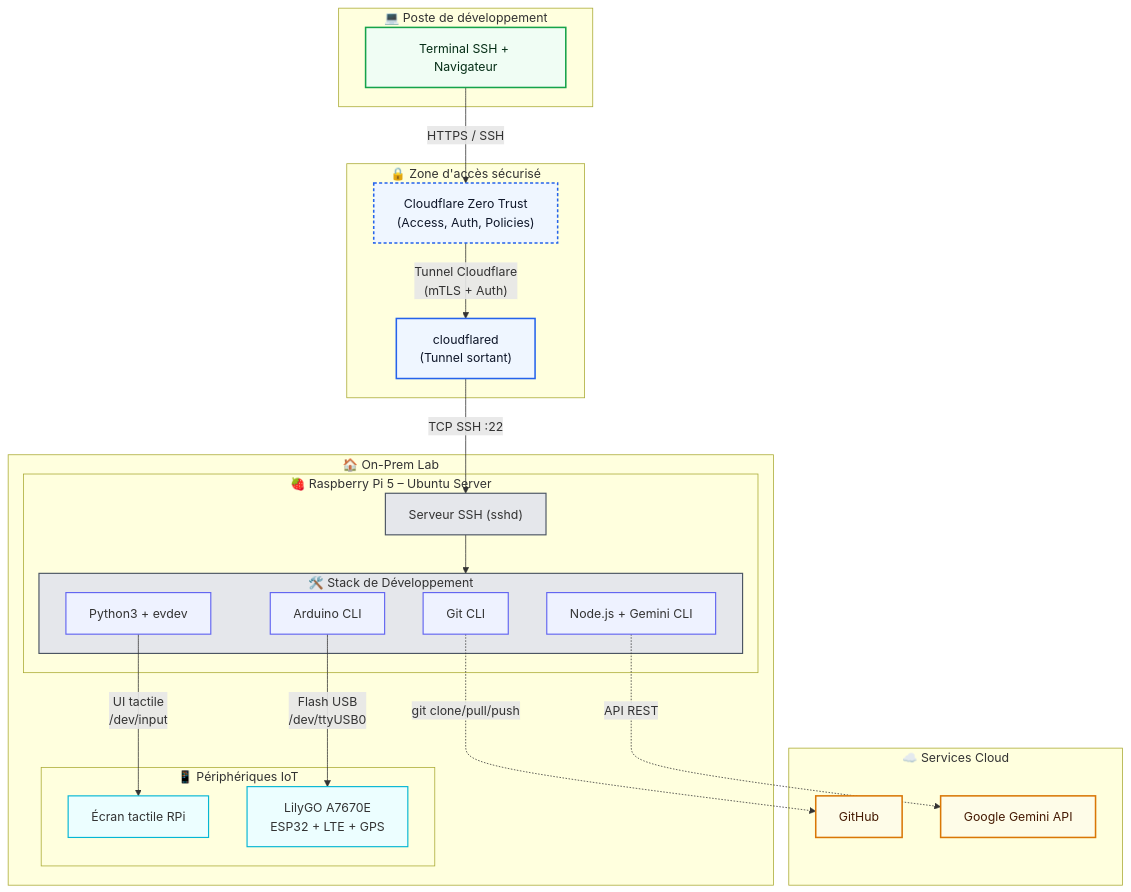
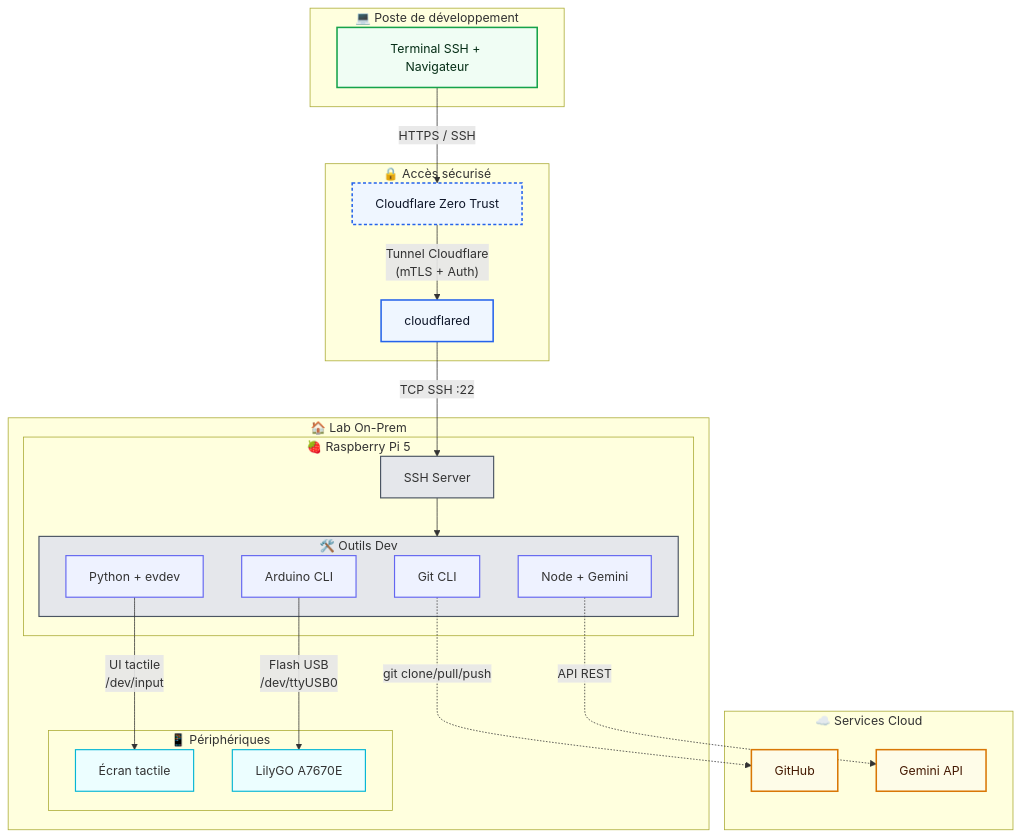
One commit to fpoisson2/243-4J5-LI changed the diagram in labo1/Labo1-environnement de programmation distant sur rPi.md. Above: the diagram before and after it, drawn with Mermaid.

Commit message:
Raccourcissement des titres des blocs du diagramme
- Titres plus courts pour éviter les retours à la ligne
- "Raspberry Pi 5 – Ubuntu Server" → "Raspberry Pi 5"
- "Stack de Développement" → "Outils Dev"
- "Zone d'accès sécurisé" → "Accès sécurisé"
- Meilleure lisibilité du diagramme

🤖 Generated with [Claude Code](https://claude.com/claude-code)

````diff
--- a/labo1/Labo1-environnement de programmation distant sur rPi.md
+++ b/labo1/Labo1-environnement de programmation distant sur rPi.md
@@ -10,73 +10,73 @@
 ```mermaid
 graph TD
     %% ==== STYLES ====
     classDef zoneClient fill:#f0fdf4,stroke:#16a34a,stroke-width:2px,color:#052e16;
     classDef zoneAccess fill:#eff6ff,stroke:#2563eb,stroke-width:2px,color:#0f172a;
     classDef zoneLab fill:#f9fafb,stroke:#4b5563,stroke-width:2px,color:#020617;
     classDef zoneCloud fill:#fefce8,stroke:#d97706,stroke-width:2px,color:#451a03;
     classDef componentCore fill:#e5e7eb,stroke:#4b5563,stroke-width:1.5px;
     classDef componentService fill:#eef2ff,stroke:#6366f1,stroke-width:1.5px;
     classDef componentDevice fill:#ecfeff,stroke:#06b6d4,stroke-width:1.5px;
     classDef securityEdge fill:#fef2f2,stroke:#b91c1c,stroke-width:1.5px,stroke-dasharray:4 3;
 
     %% ==== ZONE CLIENT ====
     subgraph Zone_Client ["💻 Poste de développement"]
         Dev_PC["Terminal SSH + Navigateur"]:::zoneClient
     end
 
     %% ==== ZONE D'ACCÈS / EDGE ====
-    subgraph Zone_Access ["🔒 Zone d'accès sécurisé"]
-        CF_ZT["Cloudflare Zero Trust<br/>(Access, Auth, Policies)"]:::securityEdge
-        CF_Tunnel["cloudflared<br/>(Tunnel sortant)"]:::componentService
+    subgraph Zone_Access ["🔒 Accès sécurisé"]
+        CF_ZT["Cloudflare Zero Trust"]:::securityEdge
+        CF_Tunnel["cloudflared"]:::componentService
     end
 
     %% ==== ZONE LAB / ON-PREM ====
-    subgraph Zone_Lab ["🏠 On-Prem Lab"]
-        subgraph RPi5_Core ["🍓 Raspberry Pi 5 – Ubuntu Server"]
-            SSHD["Serveur SSH (sshd)"]:::componentCore
+    subgraph Zone_Lab ["🏠 Lab On-Prem"]
+        subgraph RPi5_Core ["🍓 Raspberry Pi 5"]
+            SSHD["SSH Server"]:::componentCore
 
-            subgraph Dev_Stack ["🛠️ Stack de Développement"]
+            subgraph Dev_Stack ["🛠️ Outils Dev"]
                 Git_CLI["Git CLI"]:::componentService
-                Node_Gemini["Node.js + Gemini CLI"]:::componentService
-                Python_Env["Python3 + evdev"]:::componentService
+                Node_Gemini["Node + Gemini"]:::componentService
+                Python_Env["Python + evdev"]:::componentService
                 Arduino_CLI["Arduino CLI"]:::componentService
             end
         end
 
-        subgraph Lab_Devices ["📱 Périphériques IoT"]
-            Touchscreen["Écran tactile RPi"]:::componentDevice
-            LilyGO_A7670E["LilyGO A7670E<br/>ESP32 + LTE + GPS"]:::componentDevice
+        subgraph Lab_Devices ["📱 Périphériques"]
+            Touchscreen["Écran tactile"]:::componentDevice
+            LilyGO_A7670E["LilyGO A7670E"]:::componentDevice
         end
     end
 
     %% ==== ZONE CLOUD / SAAS ====
     subgraph Zone_Cloud ["☁️ Services Cloud"]
         GitHub_SaaS["GitHub"]:::zoneCloud
-        Gemini_API["Google Gemini API"]:::zoneCloud
+        Gemini_API["Gemini API"]:::zoneCloud
     end
 
     %% ==== FLUX PRINCIPAUX ====
 
     %% 1. ACCÈS DISTANT (vertical)
     Dev_PC -->|"HTTPS / SSH"| CF_ZT
     CF_ZT -->|"Tunnel Cloudflare<br/>(mTLS + Auth)"| CF_Tunnel
     CF_Tunnel -->|"TCP SSH :22"| SSHD
     SSHD --> Dev_Stack
 
     %% 2. DEV & GESTION DE CODE
     Git_CLI -.->|"git clone/pull/push"| GitHub_SaaS
 
     %% 3. APPELS IA
     Node_Gemini -.->|"API REST"| Gemini_API
 
     %% 4. INTERACTIONS MATÉRIELLES
     Python_Env -->|"UI tactile<br/>/dev/input"| Touchscreen
     Arduino_CLI -->|"Flash USB<br/>/dev/ttyUSB0"| LilyGO_A7670E
 
     %% ==== CLASS ZONES ====
     class Dev_PC zoneClient;
     class CF_ZT,CF_Tunnel zoneAccess;
     class SSHD,Dev_Stack componentCore;
     class Touchscreen,LilyGO_A7670E componentDevice;
     class GitHub_SaaS,Gemini_API zoneCloud;
 ```
````
